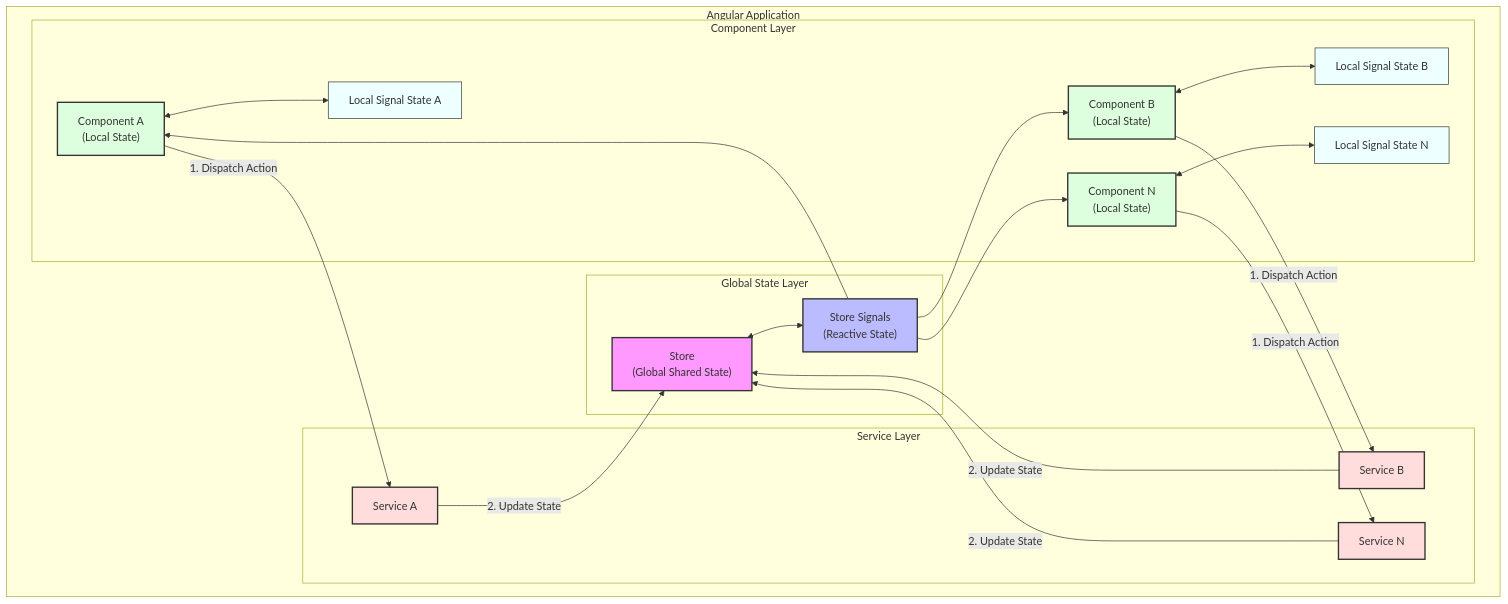
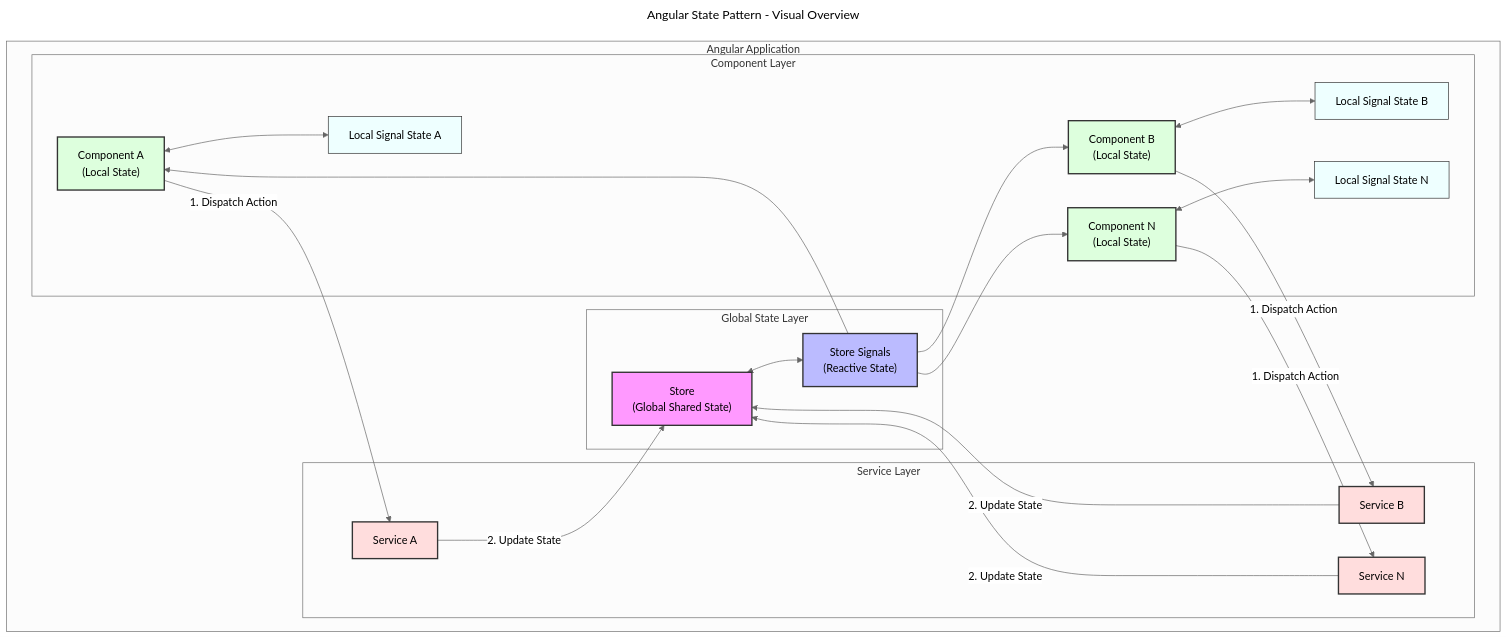
One commit to devlimelabs/whytv changed the diagram in CODING_STANDARDS/angular-state-pattern.mermaid. Above: the diagram before and after it, drawn with Mermaid. The commit also changed 6 other files, not shown here.

```diff
--- a/CODING_STANDARDS/angular-state-pattern.mermaid
+++ b/CODING_STANDARDS/angular-state-pattern.mermaid
@@ -1,55 +1,63 @@
+---
+title: Angular State Pattern - Visual Overview
+---
+%%{init: {'theme':'neutral'}}%%
+
+%% NOTE: This is a supplementary visualization. For comprehensive state management guidance,
+%% including decision guidelines and best practices, see angular-state-architecture.md
+
 flowchart TB
     subgraph "Angular Application"
         subgraph "Global State Layer"
             Store["Store\n(Global Shared State)"]
             StoreSignals["Store Signals\n(Reactive State)"]
             Store <--> StoreSignals
         end
         
         subgraph "Service Layer"
             Service1["Service A"]
             Service2["Service B"]
             ServiceN["Service N"]
         end
         
         subgraph "Component Layer"
             Comp1["Component A\n(Local State)"]
             Comp2["Component B\n(Local State)"]
             CompN["Component N\n(Local State)"]
             
             LocalState1["Local Signal State A"]
             LocalState2["Local Signal State B"]
             LocalStateN["Local Signal State N"]
             
             Comp1 <--> LocalState1
             Comp2 <--> LocalState2
             CompN <--> LocalStateN
         end
     end
 
     %% Read operations (Store to Components)
     StoreSignals --> Comp1
     StoreSignals --> Comp2
     StoreSignals --> CompN
     
     %% Write operations (Component to Services to Store)
     Comp1 -- "1. Dispatch Action" --> Service1
     Comp2 -- "1. Dispatch Action" --> Service2
     CompN -- "1. Dispatch Action" --> ServiceN
     
     Service1 -- "2. Update State" --> Store
     Service2 -- "2. Update State" --> Store
     ServiceN -- "2. Update State" --> Store
     
     %% Style nodes
     classDef store fill:#f9f,stroke:#333,stroke-width:2px
     classDef signal fill:#bbf,stroke:#333,stroke-width:2px
     classDef service fill:#fdd,stroke:#333,stroke-width:2px
     classDef component fill:#dfd,stroke:#333,stroke-width:2px
     classDef local fill:#eff,stroke:#333,stroke-width:1px
     
     class Store,Store store
     class StoreSignals signal
     class Service1,Service2,ServiceN service
     class Comp1,Comp2,CompN component
     class LocalState1,LocalState2,LocalStateN local
```
